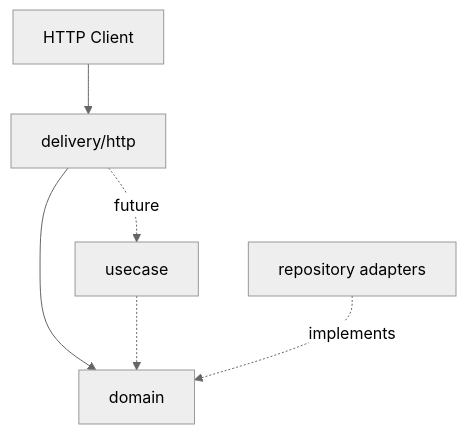
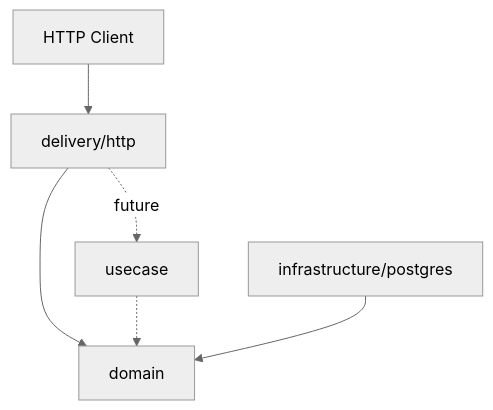
Before and after one commit to MahdiFirouz2002/golang-todo-service: the diagram in README.md, drawn with Mermaid (neutral theme). The commit also changed other lines of this file and 12 other files, not shown here.

````diff
--- a/README.md
+++ b/README.md
@@ -19,8 +20,8 @@
 ```mermaid
 flowchart TB
   Client[HTTP Client] --> Delivery[delivery/http]
   Delivery --> Domain[domain]
   Delivery -.->|future| UseCase[usecase]
   UseCase -.-> Domain
-  RepoImpl[repository adapters] -.->|implements| Domain
+  Postgres[infrastructure/postgres] --> Domain
 ```
````
